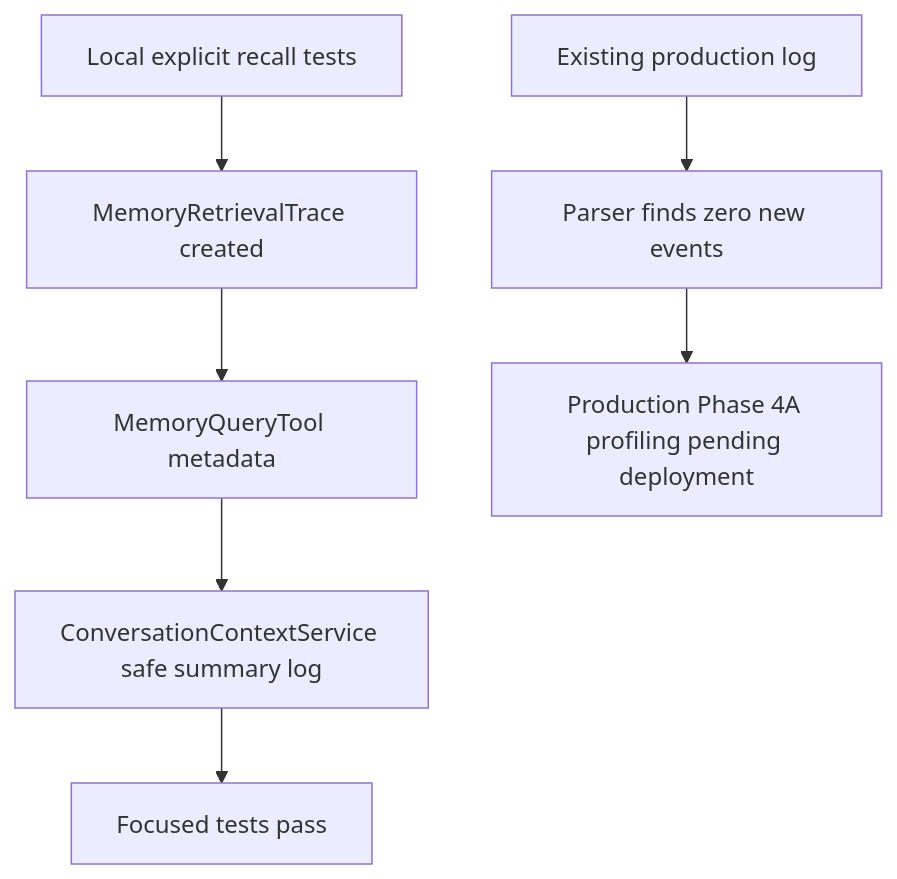
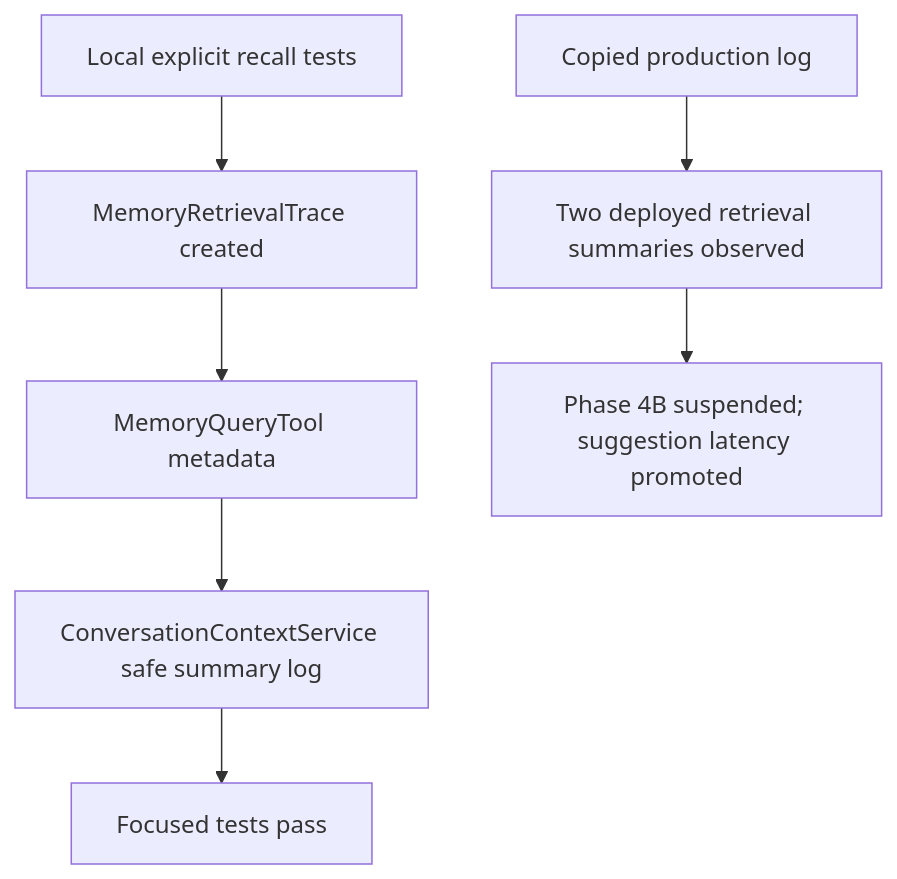
The second of 2 diagrams in docs/worklog/202607/2026_07_19_experiment/memory_retrieval_efficiency_report.md (CongJie-Pan/AREQA), drawn with Mermaid before and after one commit. The commit also changed other lines of this file and 6 other files, not shown here.

Commit message:
feat(backend): bound foreground suggestion latency

````diff
--- a/docs/worklog/202607/2026_07_19_experiment/memory_retrieval_efficiency_report.md
+++ b/docs/worklog/202607/2026_07_19_experiment/memory_retrieval_efficiency_report.md
@@ -43,9 +43,9 @@
 ```mermaid
 flowchart TD
     A["Local explicit recall tests"] --> B["MemoryRetrievalTrace created"]
     B --> C["MemoryQueryTool metadata"]
     C --> D["ConversationContextService safe summary log"]
     D --> E["Focused tests pass"]
-    F["Existing production log"] --> G["Parser finds zero new events"]
-    G --> H["Production Phase 4A profiling pending deployment"]
+    F["Copied production log"] --> G["Two deployed retrieval summaries observed"]
+    G --> H["Phase 4B suspended; suggestion latency promoted"]
 ```
````
